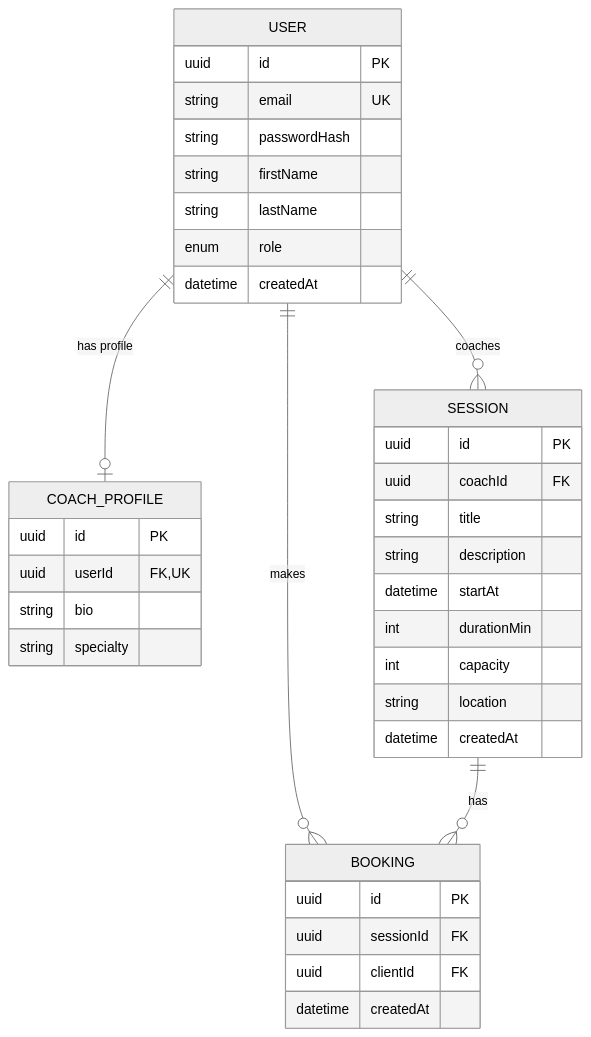
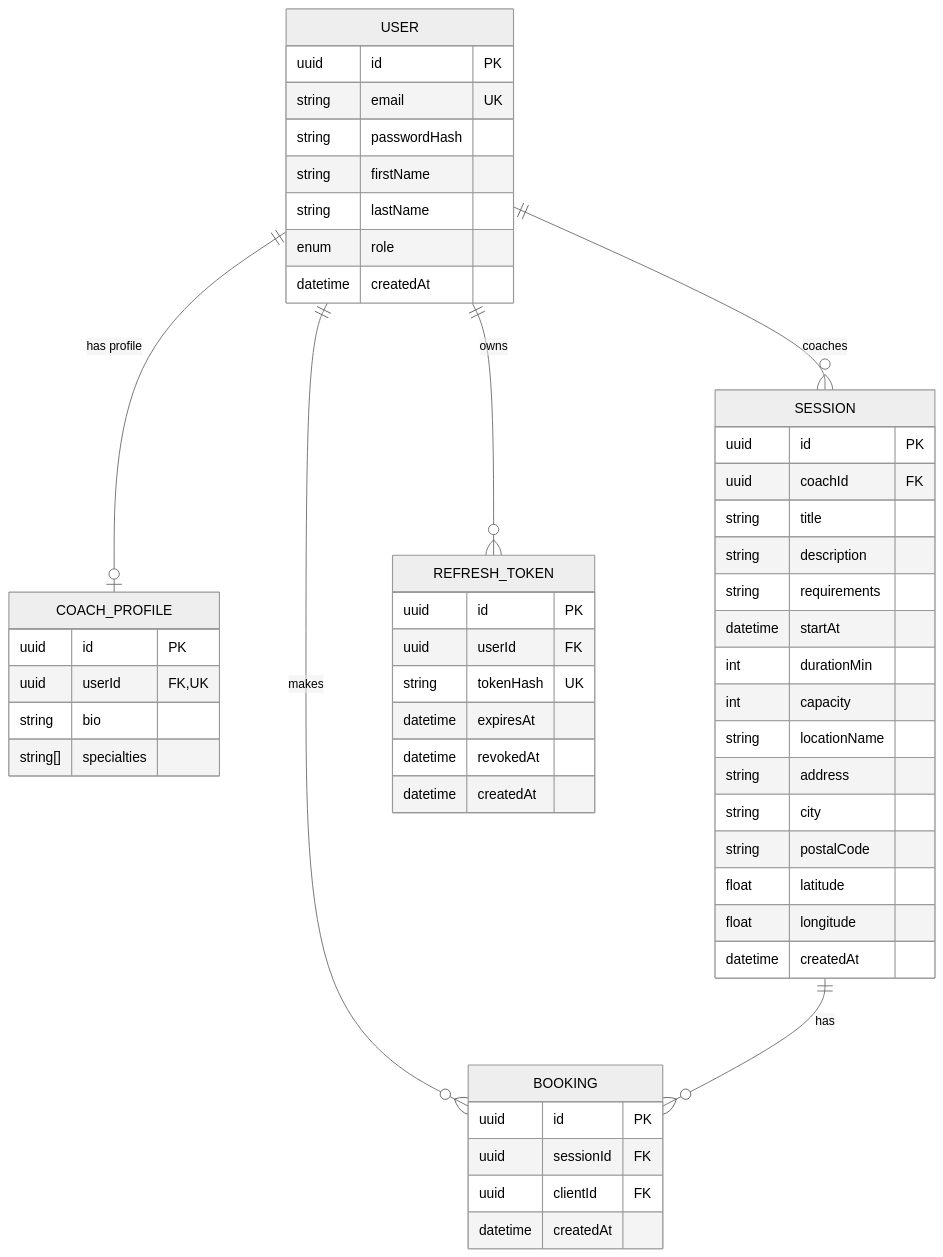
The diagram in docs/05-mcd-mld.md (BenCDA/SportifyForEach), drawn with Mermaid (neutral theme) before and after one commit. The commit also changed other lines of this file and 4 other files, not shown here.

First line of the commit message:
docs: update SQL script, class diagram and MCD to match current schema

````diff
--- a/docs/05-mcd-mld.md
+++ b/docs/05-mcd-mld.md
@@ -5,43 +5,59 @@
 ```mermaid
 erDiagram
     USER {
         uuid id PK
         string email UK
         string passwordHash
         string firstName
         string lastName
         enum role
         datetime createdAt
     }
 
     COACH_PROFILE {
         uuid id PK
         uuid userId FK,UK
         string bio
-        string specialty
+        string[] specialties
     }
 
     SESSION {
         uuid id PK
         uuid coachId FK
         string title
         string description
+        string requirements
         datetime startAt
         int durationMin
         int capacity
-        string location
+        string locationName
+        string address
+        string city
+        string postalCode
+        float latitude
+        float longitude
         datetime createdAt
     }
 
     BOOKING {
         uuid id PK
         uuid sessionId FK
         uuid clientId FK
         datetime createdAt
     }
 
+    REFRESH_TOKEN {
+        uuid id PK
+        uuid userId FK
+        string tokenHash UK
+        datetime expiresAt
+        datetime revokedAt
+        datetime createdAt
+    }
+
     USER ||--o| COACH_PROFILE : "has profile"
     USER ||--o{ SESSION : "coaches"
     USER ||--o{ BOOKING : "makes"
+    USER ||--o{ REFRESH_TOKEN : "owns"
     SESSION ||--o{ BOOKING : "has"
 ```
````
